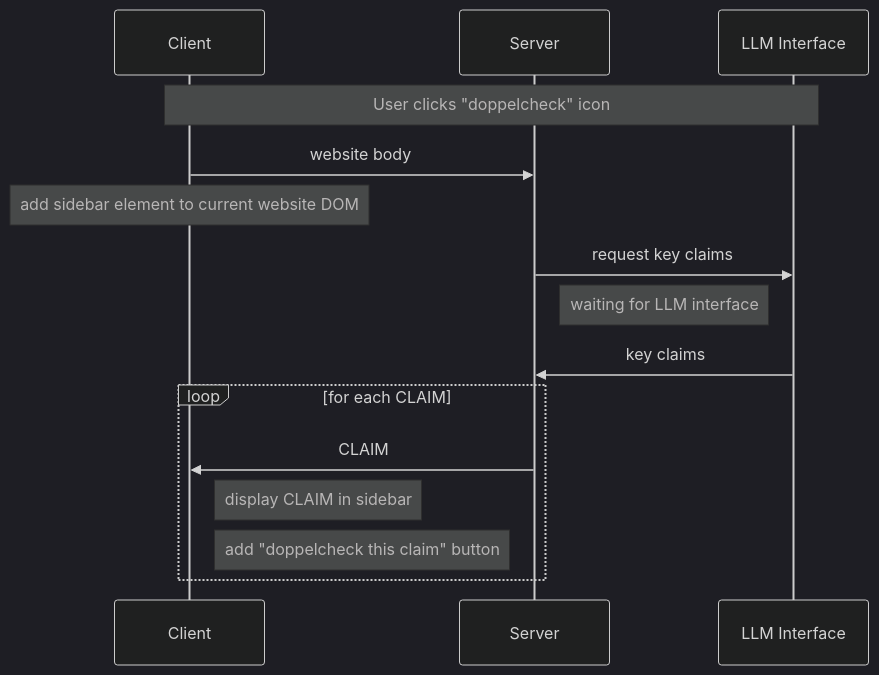
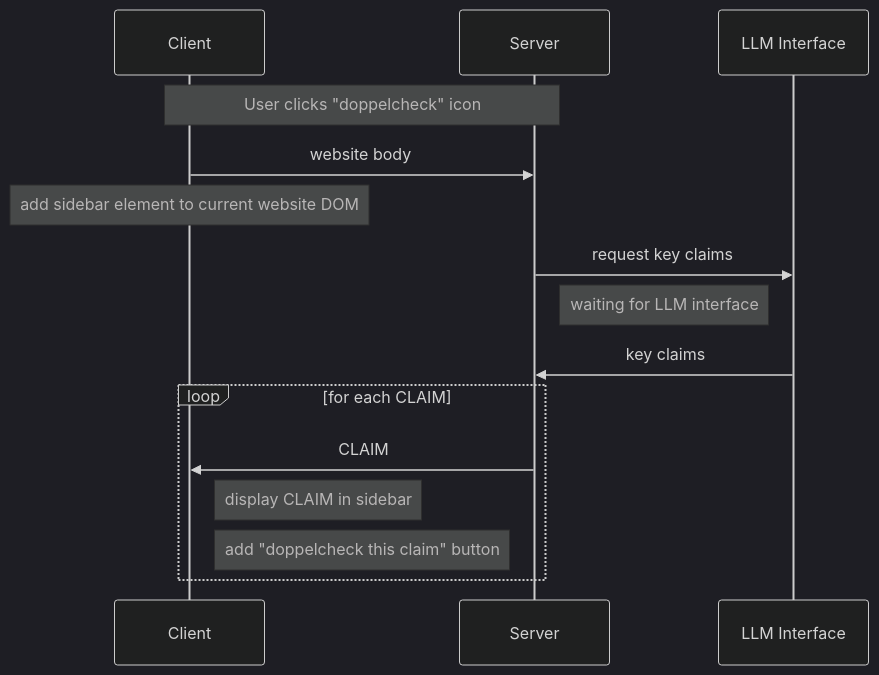
The second of 3 diagrams in README.md (Doppelcheck/main), drawn with Mermaid (dark theme) before and after one commit.

Commit message:
replaced images with mermaid diagrams

````diff
--- a/README.md
+++ b/README.md
@@ -106,18 +106,18 @@
 ```mermaid
 sequenceDiagram
 
     participant Client
     participant Server
     participant LLM_Interface as LLM Interface
-    note over Client, LLM_Interface: User clicks "doppelcheck" icon
+    note over Client, Server: User clicks "doppelcheck" icon
     Client->>Server: website body
     note over Client: add sidebar element to current website DOM
     Server->>LLM_Interface: request key claims
     note right of Server: waiting for LLM interface
     LLM_Interface->>Server: key claims
     loop for each CLAIM
         Server->>Client: CLAIM
         note right of Client: display CLAIM in sidebar
         note right of Client: add "doppelcheck this claim" button
     end
 ```
````
